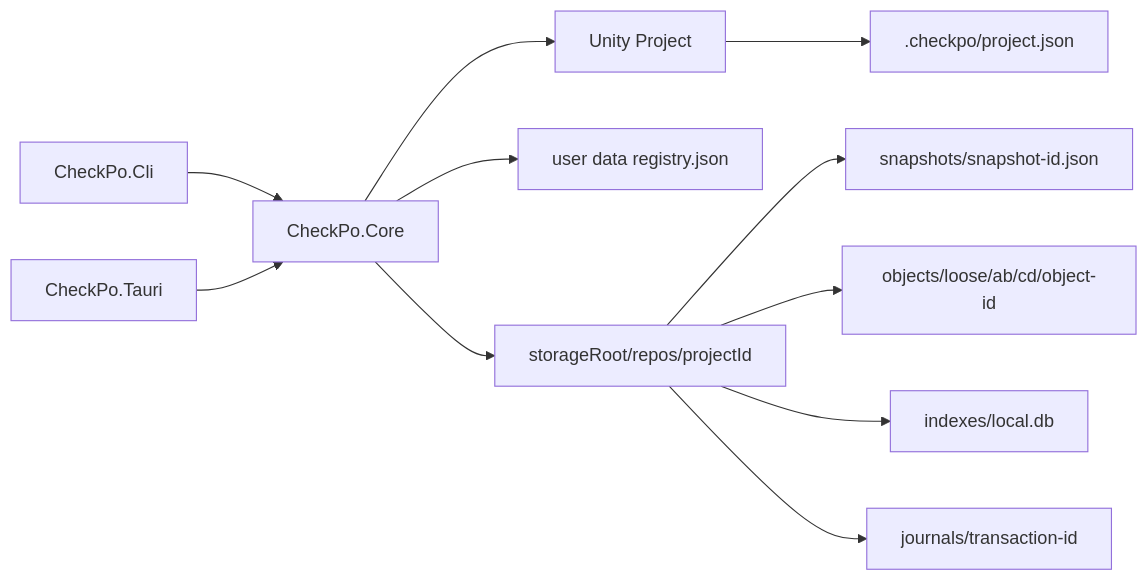
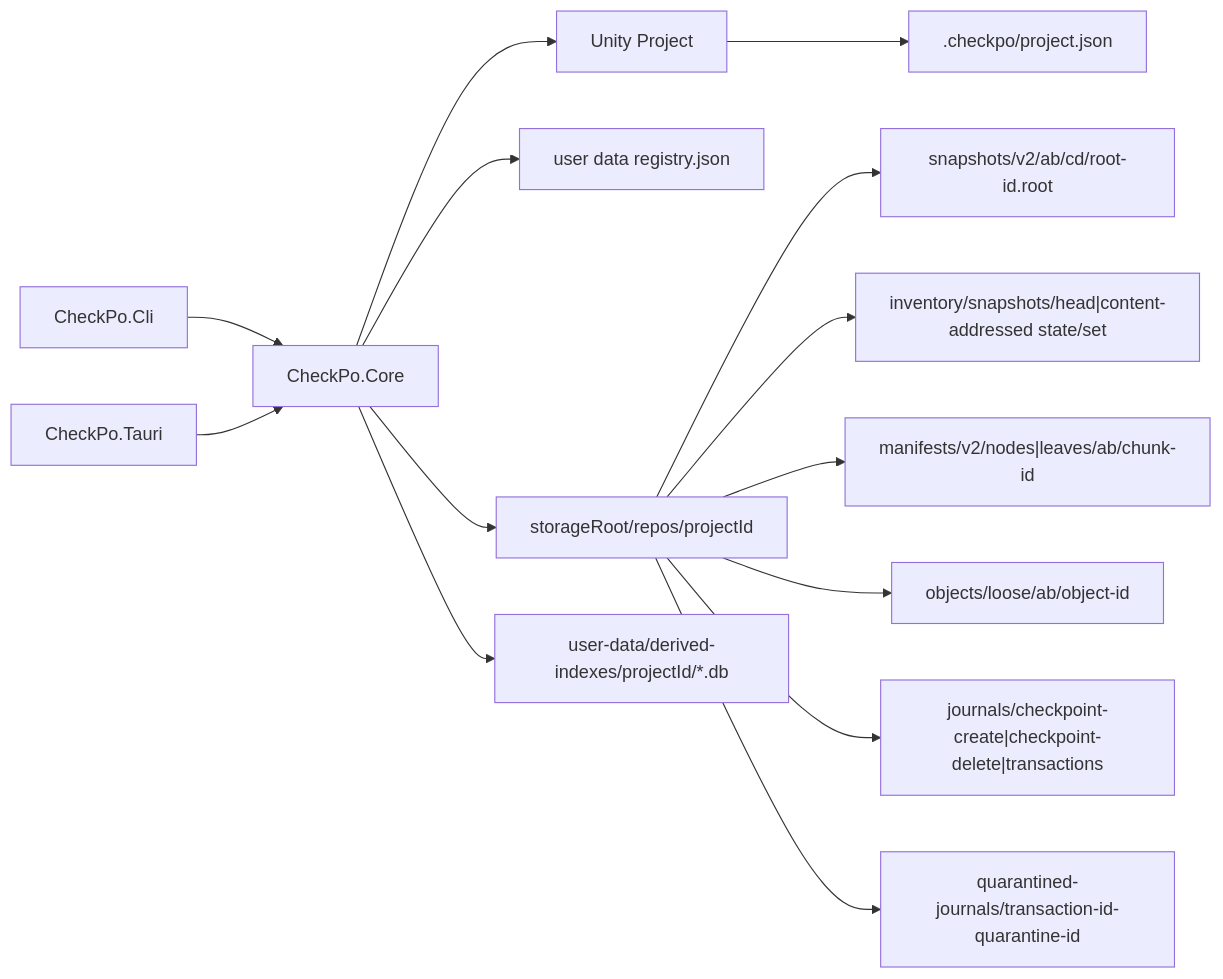
One commit to 0suu/CheckPo changed the diagram in アーキテクチャ.md. Above: the diagram before and after it, drawn with Mermaid. The commit also changed other lines of this file and 64 other files, not shown here.

````diff
--- a/アーキテクチャ.md
+++ b/アーキテクチャ.md
@@ -11,13 +11,16 @@
 ```mermaid
 flowchart LR
     CLI["CheckPo.Cli"] --> Core["CheckPo.Core"]
     Tauri["CheckPo.Tauri"] --> Core
     Core --> Project["Unity Project"]
     Project --> Marker[".checkpo/project.json"]
     Core --> Registry["user data registry.json"]
     Core --> Repo["storageRoot/repos/projectId"]
-    Repo --> Snapshots["snapshots/snapshot-id.json"]
-    Repo --> Objects["objects/loose/ab/cd/object-id"]
-    Repo --> DB["indexes/local.db"]
-    Repo --> Journals["journals/transaction-id"]
+    Repo --> Snapshots["snapshots/v2/ab/cd/root-id.root"]
+    Repo --> Inventory["inventory/snapshots/head|content-addressed state/set"]
+    Repo --> Manifests["manifests/v2/nodes|leaves/ab/chunk-id"]
+    Repo --> Objects["objects/loose/ab/object-id"]
+    Core --> DB["user-data/derived-indexes/projectId/*.db"]
+    Repo --> Journals["journals/checkpoint-create|checkpoint-delete|transactions"]
+    Repo --> Quarantined["quarantined-journals/transaction-id-quarantine-id"]
 ```
````
